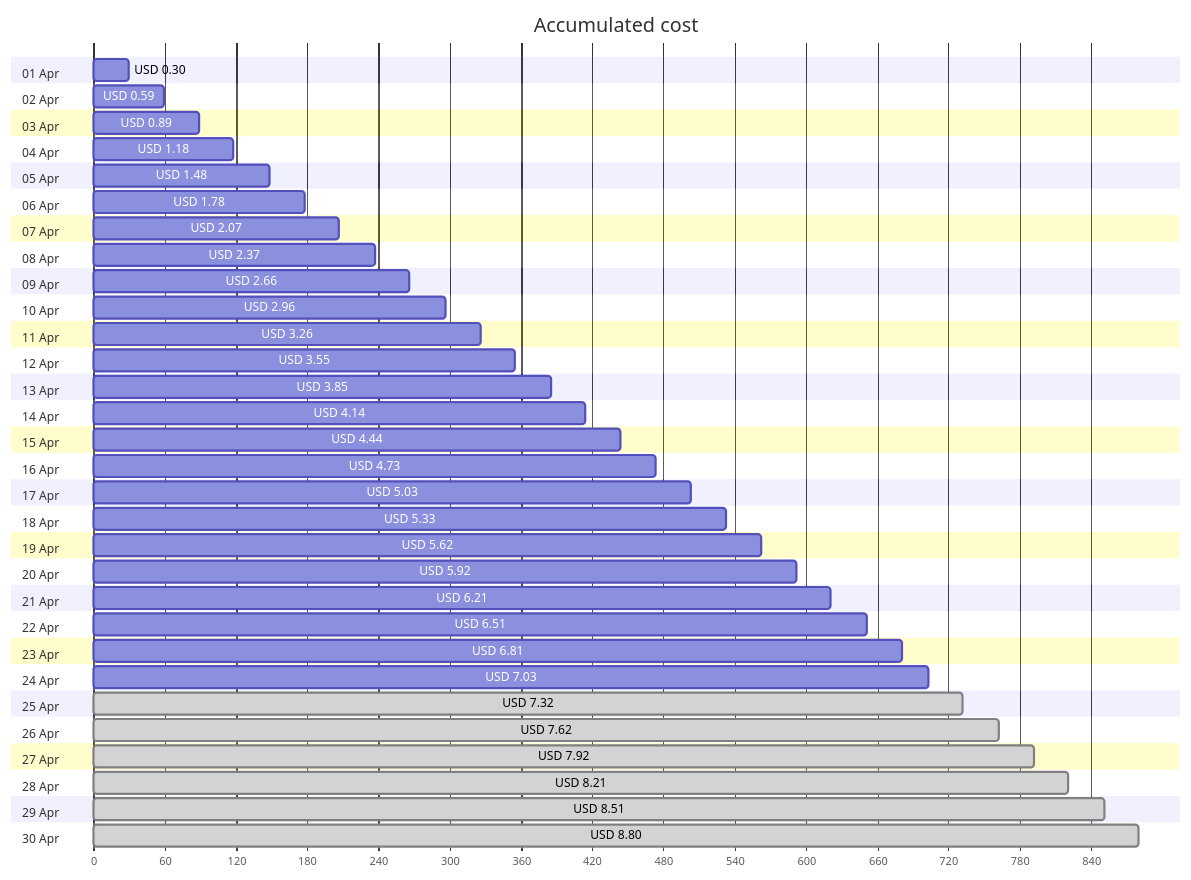
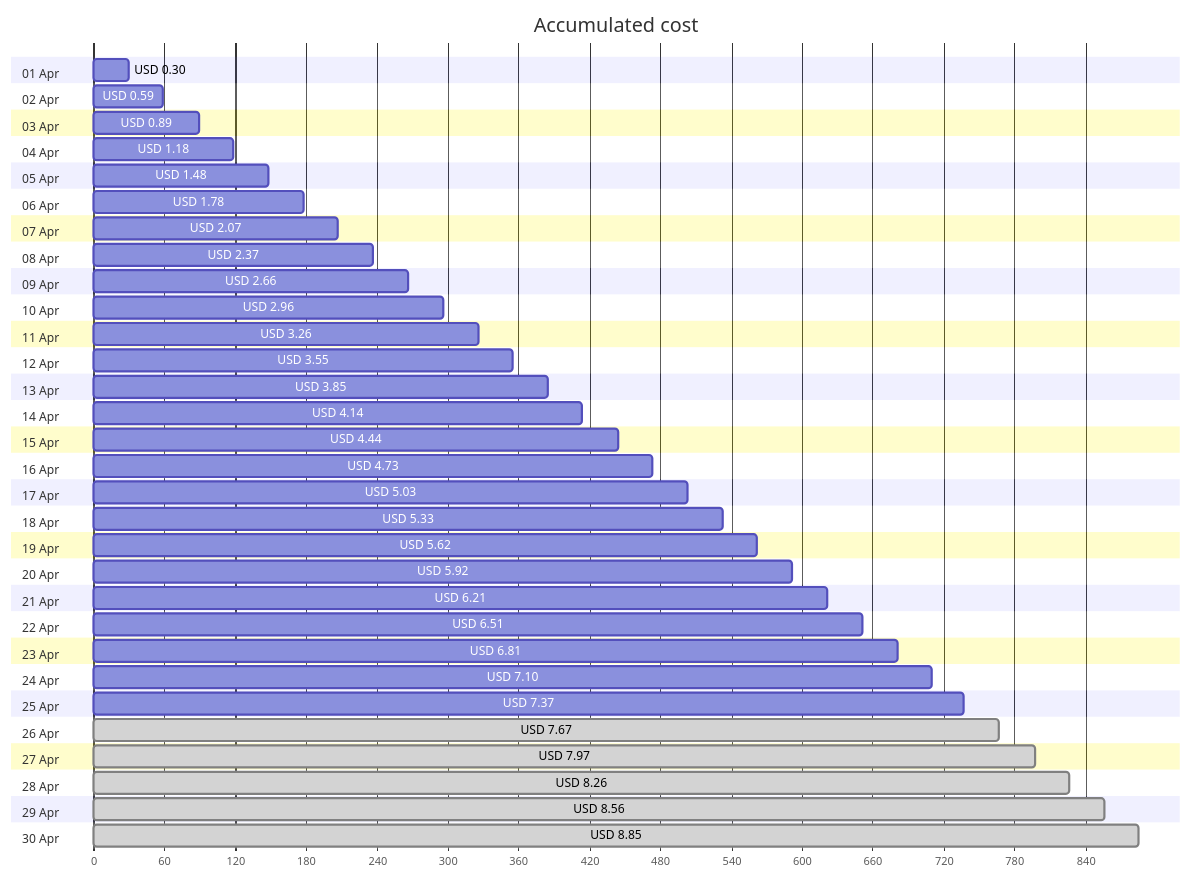
One commit to jpfulton/azure-personal-reports changed the first of 4 diagrams in cost-reports/personal-site/personal-site-preview.md. Above: the diagram before and after it, drawn with Mermaid. The commit also changed other lines of this file and 7 other files, not shown here.

````diff
--- a/cost-reports/personal-site/personal-site-preview.md
+++ b/cost-reports/personal-site/personal-site-preview.md
@@ -20,66 +20,66 @@
 ```mermaid
 gantt
    title Accumulated cost
    dateFormat  X
    axisFormat %s
    section 01 Apr
    USD 0.30 :0, 30
    section 02 Apr
    USD 0.59 :0, 59
    section 03 Apr
    USD 0.89 :0, 89
    section 04 Apr
    USD 1.18 :0, 118
    section 05 Apr
    USD 1.48 :0, 148
    section 06 Apr
    USD 1.78 :0, 178
    section 07 Apr
    USD 2.07 :0, 207
    section 08 Apr
    USD 2.37 :0, 237
    section 09 Apr
    USD 2.66 :0, 266
    section 10 Apr
    USD 2.96 :0, 296
    section 11 Apr
    USD 3.26 :0, 326
    section 12 Apr
    USD 3.55 :0, 355
    section 13 Apr
    USD 3.85 :0, 385
    section 14 Apr
    USD 4.14 :0, 414
    section 15 Apr
    USD 4.44 :0, 444
    section 16 Apr
    USD 4.73 :0, 473
    section 17 Apr
    USD 5.03 :0, 503
    section 18 Apr
    USD 5.33 :0, 533
    section 19 Apr
    USD 5.62 :0, 562
    section 20 Apr
    USD 5.92 :0, 592
    section 21 Apr
    USD 6.21 :0, 621
    section 22 Apr
    USD 6.51 :0, 651
    section 23 Apr
    USD 6.81 :0, 681
    section 24 Apr
-   USD 7.03 :0, 703
+   USD 7.10 :0, 710
    section 25 Apr
-   USD 7.32 : done, 0, 732
+   USD 7.37 :0, 737
    section 26 Apr
-   USD 7.62 : done, 0, 762
+   USD 7.67 : done, 0, 767
    section 27 Apr
-   USD 7.92 : done, 0, 792
+   USD 7.97 : done, 0, 797
    section 28 Apr
-   USD 8.21 : done, 0, 821
+   USD 8.26 : done, 0, 826
    section 29 Apr
-   USD 8.51 : done, 0, 851
+   USD 8.56 : done, 0, 856
    section 30 Apr
-   USD 8.80 : done, 0, 880
+   USD 8.85 : done, 0, 885
 ```
````
